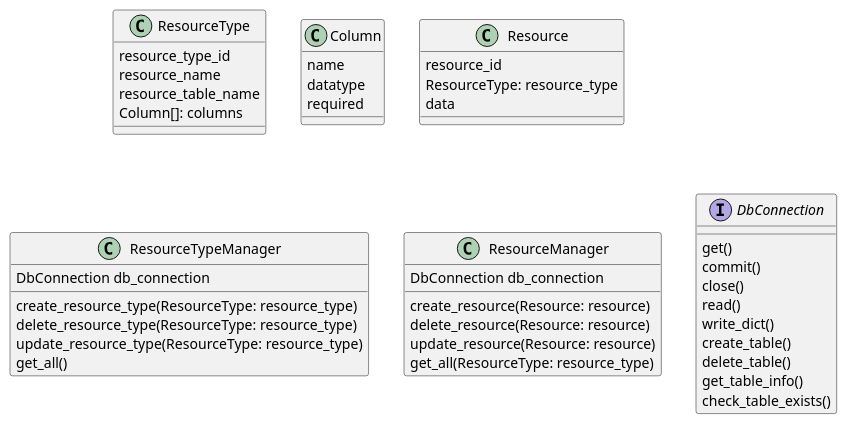
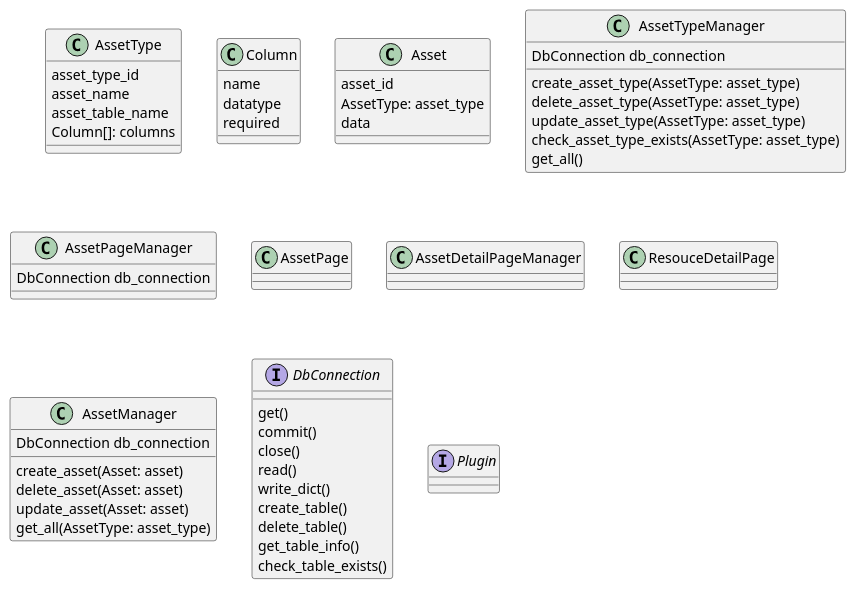
One commit to PDT42/AnyBase changed the diagram in doc/classes.wsd. Above: the diagram before and after it, drawn with PlantUML. The commit also changed 1 other file, not shown here.

Commit message:
Renamed 'Resource' -> 'Asset'

```diff
--- a/doc/classes.wsd
+++ b/doc/classes.wsd
@@ -1,50 +1,72 @@
 @startuml test
-class ResourceType {
-    resource_type_id
-    resource_name
-    resource_table_name
+class AssetType {
+    asset_type_id
+    asset_name
+    asset_table_name
     Column[]: columns
 }
 
 class Column {
     name
     datatype
     required
 }
 
-class Resource {
-    resource_id
-    ResourceType: resource_type
+class Asset {
+    asset_id
+    AssetType: asset_type
     data
 }
 
-class ResourceTypeManager {
+class AssetTypeManager {
     DbConnection db_connection
-    create_resource_type(ResourceType: resource_type)
-    delete_resource_type(ResourceType: resource_type)
-    update_resource_type(ResourceType: resource_type)
+    create_asset_type(AssetType: asset_type)
+    delete_asset_type(AssetType: asset_type)
+    update_asset_type(AssetType: asset_type)
+    check_asset_type_exists(AssetType: asset_type)
     get_all()
 }
 
-class ResourceManager  {
+class AssetPageManager {
     DbConnection db_connection
-    create_resource(Resource: resource)
-    delete_resource(Resource: resource)
-    update_resource(Resource: resource)
-    get_all(ResourceType: resource_type)
+}
+
+class AssetPage {
+
+}
+
+class AssetDetailPageManager {
+
+}
+
+class ResouceDetailPage {
+    
+}
+
+class AssetManager  {
+    DbConnection db_connection
+    create_asset(Asset: asset)
+    delete_asset(Asset: asset)
+    update_asset(Asset: asset)
+    get_all(AssetType: asset_type)
 }
 
 interface DbConnection {
     get()
     commit()
     close()
     read()
     write_dict()
     create_table()
     delete_table()
     get_table_info()
     check_table_exists()
 }
 
+interface Plugin {
+
+}
+
+
 
 @enduml
```
